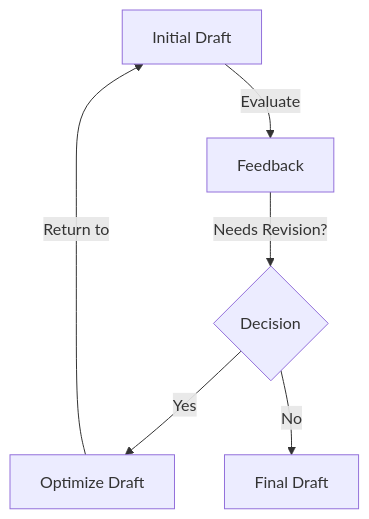
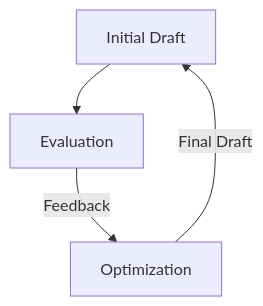
Before and after one commit to reeawnc/cloudflare: the second of 2 diagrams in apps/ui-worker/README.md, drawn with Mermaid. The commit also changed other lines of this file and 18 other files, not shown here.

````diff
--- a/apps/ui-worker/README.md
+++ b/apps/ui-worker/README.md
@@ -83,8 +74,6 @@
 ```mermaid
 graph TD;
-    A[Initial Draft] -->|Evaluate| B[Feedback];
-    B -->|Needs Revision?| C{Decision};
-    C -->|Yes| D[Optimize Draft];
-    C -->|No| E[Final Draft];
-    D -->|Return to| A;
+    A[Initial Draft] --> B[Evaluation];
+    B -->|Feedback| C[Optimization];
+    C -->|Final Draft| A;
 ```
````
